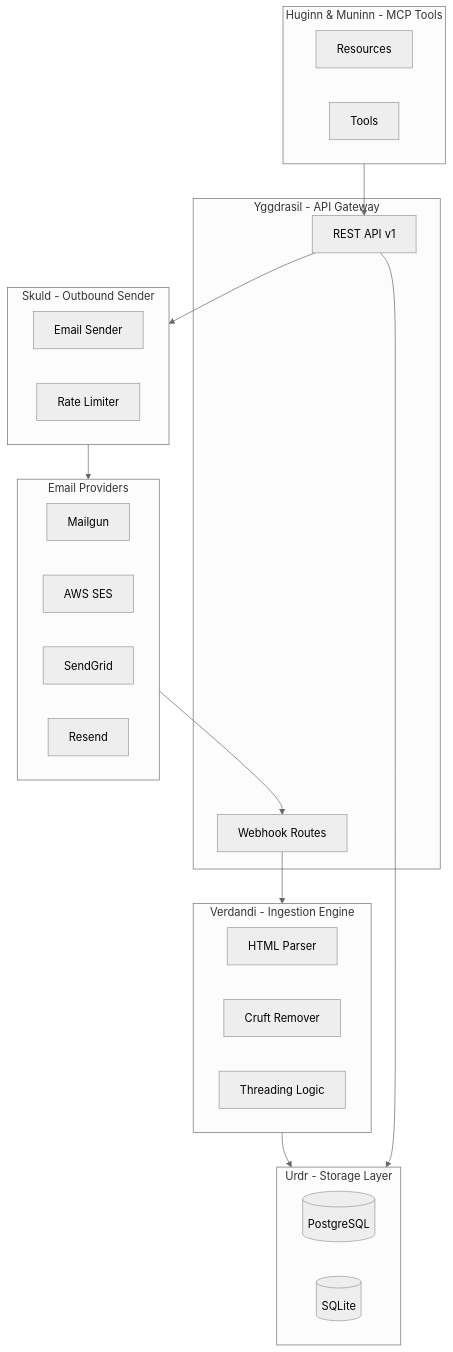
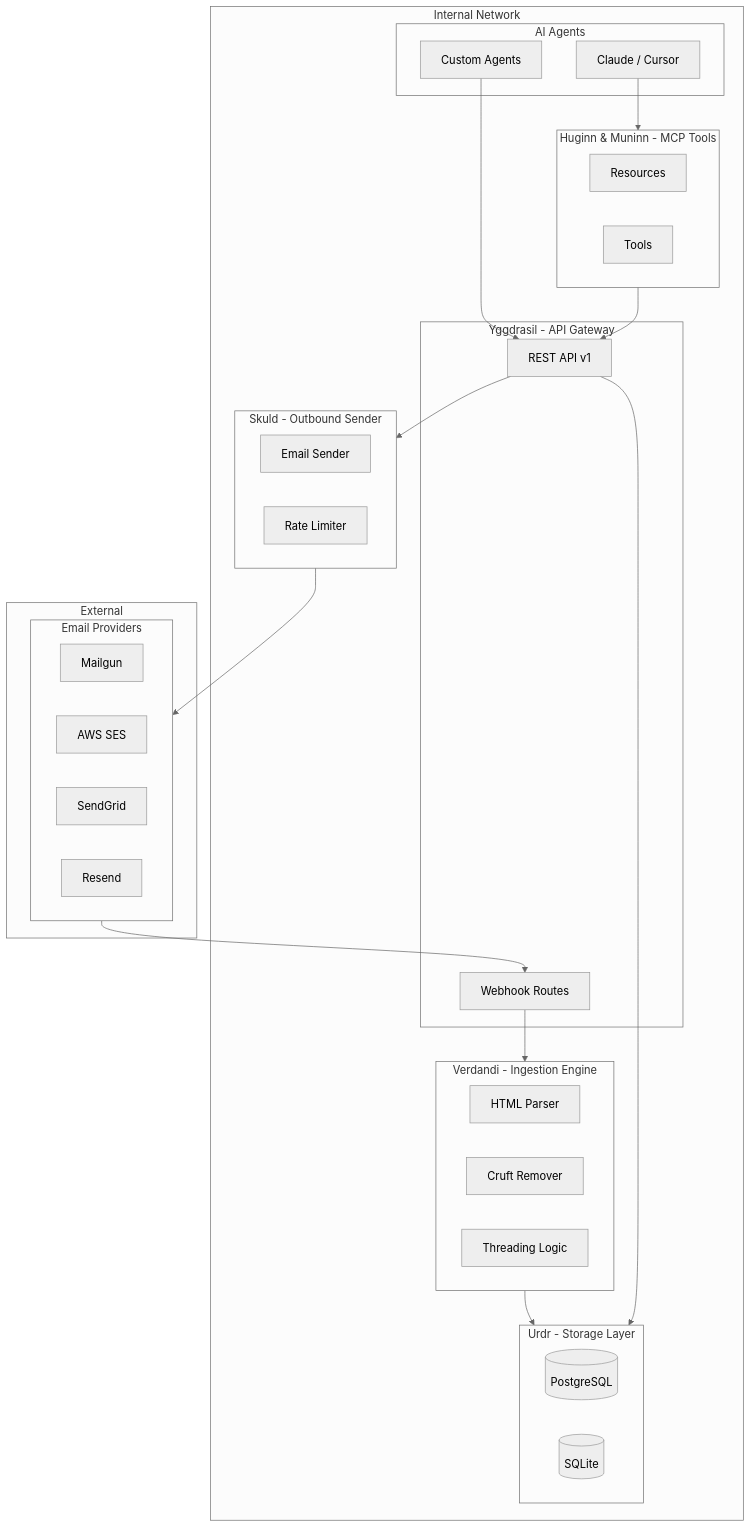
The second of 3 diagrams in web/content/docs/concepts/architecture.md (DataCovey/nornweave), drawn with Mermaid (neutral theme) before and after one commit. The commit also changed other lines of this file and 2 other files, not shown here.

Commit message:
improved installation guide with nginx example, and expanded diagrams

````diff
--- a/web/content/docs/concepts/architecture.md
+++ b/web/content/docs/concepts/architecture.md
@@ -75,43 +80,54 @@
 ```mermaid
 flowchart TB
-    subgraph providers [Email Providers]
-        MG[Mailgun]
-        SES[AWS SES]
-        SG[SendGrid]
-        RS[Resend]
+    subgraph external [External]
+        subgraph providers [Email Providers]
+            MG[Mailgun]
+            SES[AWS SES]
+            SG[SendGrid]
+            RS[Resend]
+        end
     end
     
-    subgraph yggdrasil [Yggdrasil - API Gateway]
-        WH[Webhook Routes]
-        API[REST API v1]
-    end
-    
-    subgraph verdandi [Verdandi - Ingestion Engine]
-        Parser[HTML Parser]
-        Sanitizer[Cruft Remover]
-        Threader[Threading Logic]
-    end
-    
-    subgraph urdr [Urdr - Storage Layer]
-        PG[(PostgreSQL)]
-        SQLite[(SQLite)]
-    end
-    
-    subgraph skuld [Skuld - Outbound Sender]
-        Sender[Email Sender]
-        RateLimiter[Rate Limiter]
-    end
-    
-    subgraph mcp [Huginn & Muninn - MCP Tools]
-        Resources[Resources]
-        Tools[Tools]
+    subgraph internal [Internal Network]
+        subgraph agents [AI Agents]
+            Agent1[Claude / Cursor]
+            Agent2[Custom Agents]
+        end
+
+        subgraph mcp [Huginn & Muninn - MCP Tools]
+            Resources[Resources]
+            Tools[Tools]
+        end
+
+        subgraph yggdrasil [Yggdrasil - API Gateway]
+            WH[Webhook Routes]
+            API[REST API v1]
+        end
+        
+        subgraph verdandi [Verdandi - Ingestion Engine]
+            Parser[HTML Parser]
+            Sanitizer[Cruft Remover]
+            Threader[Threading Logic]
+        end
+        
+        subgraph urdr [Urdr - Storage Layer]
+            PG[(PostgreSQL)]
+            SQLite[(SQLite)]
+        end
+        
+        subgraph skuld [Skuld - Outbound Sender]
+            Sender[Email Sender]
+            RateLimiter[Rate Limiter]
+        end
     end
     
     providers --> WH
     WH --> verdandi
     verdandi --> urdr
+    Agent1 --> mcp
+    Agent2 --> API
+    mcp --> API
     API --> urdr
     API --> skuld
     skuld --> providers
-    mcp --> API
 ```
````
